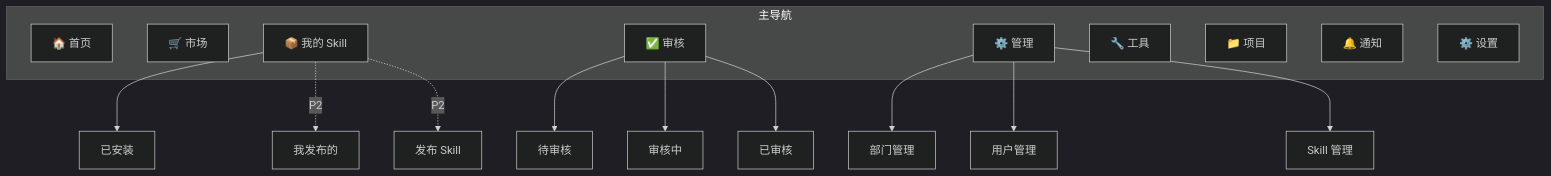
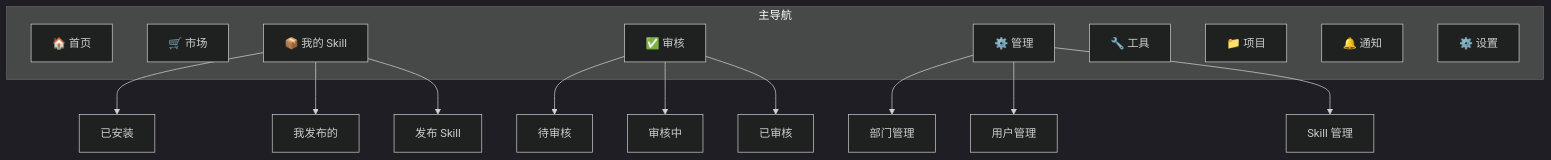
One commit to HaibinZhang1/Enterprise-Agent-Hub changed the first of 3 diagrams in docs/RequirementDocument/06_page_architecture.md. Above: the diagram before and after it, drawn with Mermaid (dark theme). The commit also changed other lines of this file and 74 other files, not shown here.

````diff
--- a/docs/RequirementDocument/06_page_architecture.md
+++ b/docs/RequirementDocument/06_page_architecture.md
@@ -83,26 +83,26 @@
 ```mermaid
 graph TD
     subgraph 主导航
         HOME["🏠 首页"]
         MARKET["🛒 市场"]
         MY["📦 我的 Skill"]
         REVIEW["✅ 审核"]
         MANAGE["⚙️ 管理"]
         TOOL["🔧 工具"]
         PROJECT["📁 项目"]
         NOTIFY["🔔 通知"]
         SETTING["⚙️ 设置"]
     end
 
     MY --> MY1["已安装"]
-    MY -.->|P2| MY2["我发布的"]
-    MY -.->|P2| MY3["发布 Skill"]
+    MY --> MY2["我发布的"]
+    MY --> MY3["发布 Skill"]
 
     REVIEW --> R1["待审核"]
     REVIEW --> R2["审核中"]
     REVIEW --> R3["已审核"]
 
     MANAGE --> MG1["部门管理"]
     MANAGE --> MG2["用户管理"]
     MANAGE --> MG3["Skill 管理"]
 ```
````
